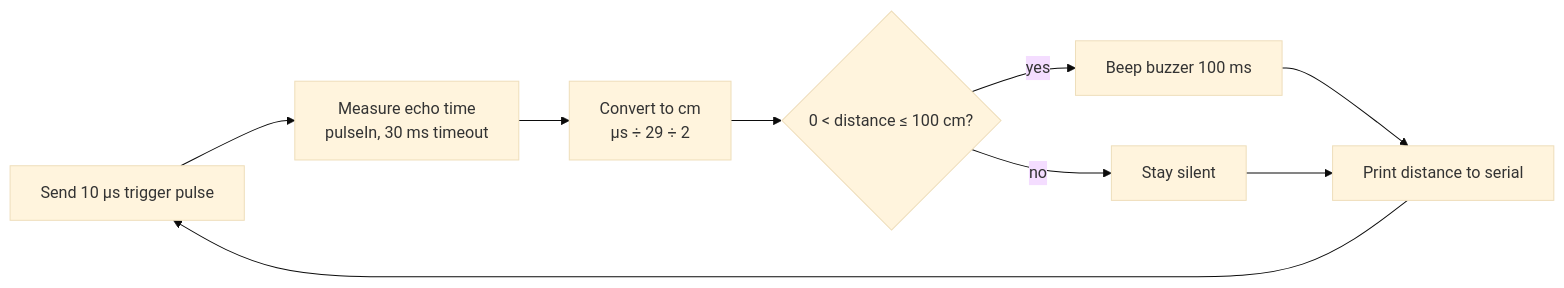
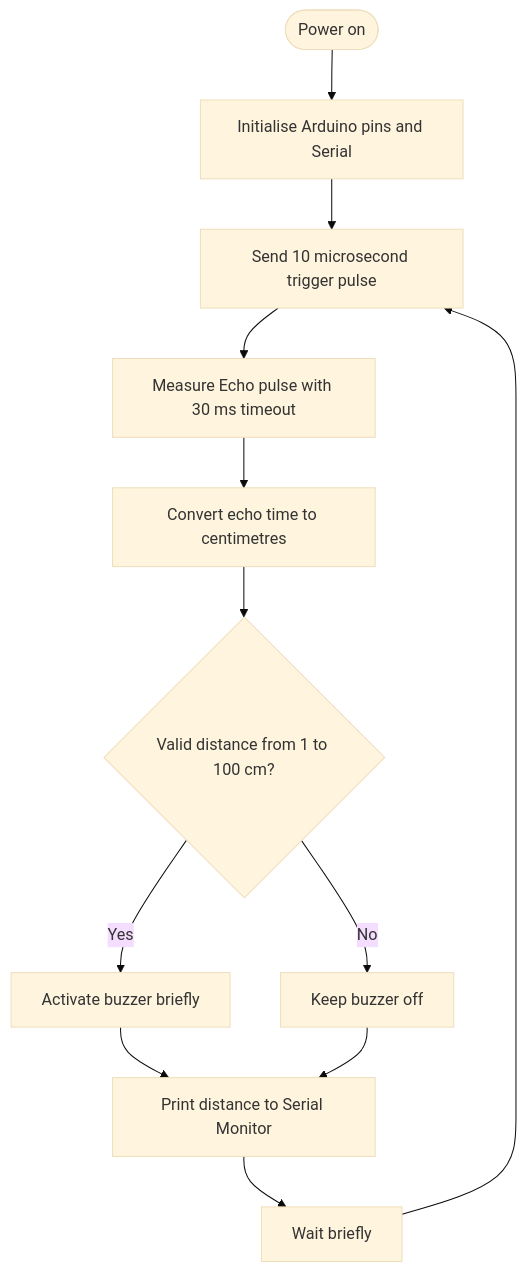
Before and after one commit to Supriyo016/Arduino-Uno-Third-Hand-Eye-Project-for-Visually-Impaired-Individuals: the diagram in README.md, drawn with Mermaid (base theme). The commit also changed other lines of this file, not shown here.

````diff
--- a/README.md
+++ b/README.md
@@ -17,10 +79,14 @@
 ```mermaid
-flowchart LR
-  A[Send 10 µs trigger pulse] --> B[Measure echo time<br/>pulseIn, 30 ms timeout]
-  B --> C[Convert to cm<br/>µs ÷ 29 ÷ 2]
-  C --> D{0 < distance ≤ 100 cm?}
-  D -- yes --> E[Beep buzzer 100 ms]
-  D -- no --> F[Stay silent]
-  E --> G[Print distance to serial]
-  F --> G --> A
+flowchart TD
+    A([Power on]) --> B[Initialise Arduino pins and Serial]
+    B --> C[Send 10 microsecond trigger pulse]
+    C --> D[Measure Echo pulse with 30 ms timeout]
+    D --> E[Convert echo time to centimetres]
+    E --> F{Valid distance from 1 to 100 cm?}
+    F -- Yes --> G[Activate buzzer briefly]
+    F -- No --> H[Keep buzzer off]
+    G --> I[Print distance to Serial Monitor]
+    H --> I
+    I --> J[Wait briefly]
+    J --> C
 ```
````
